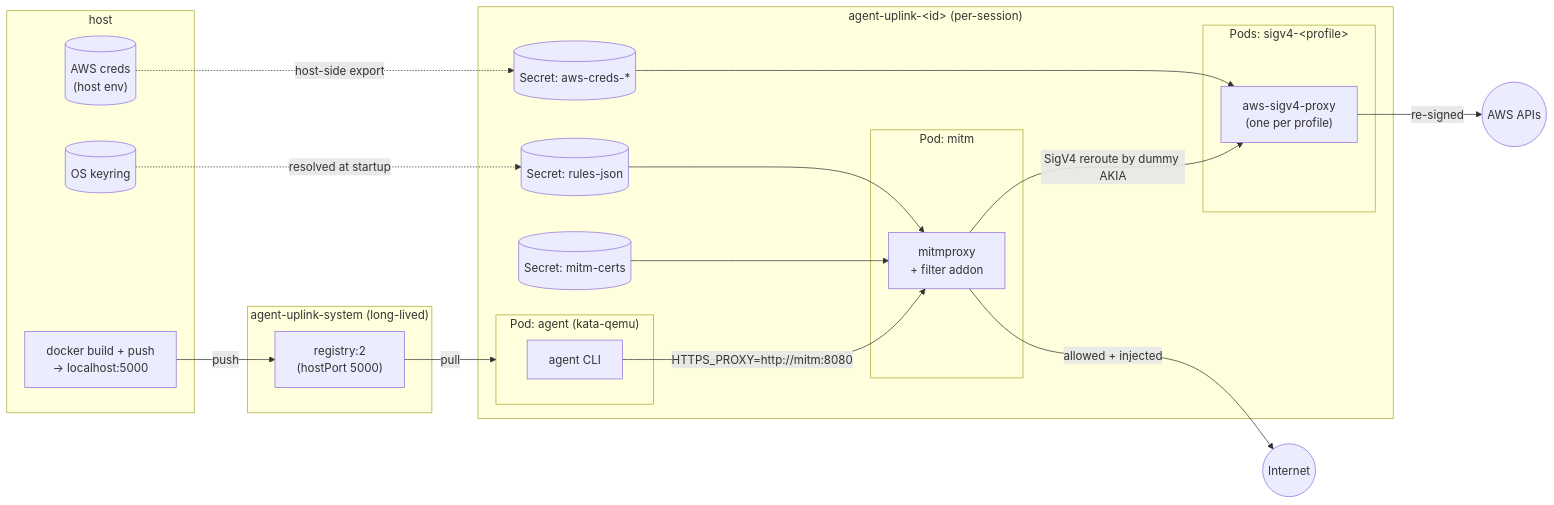
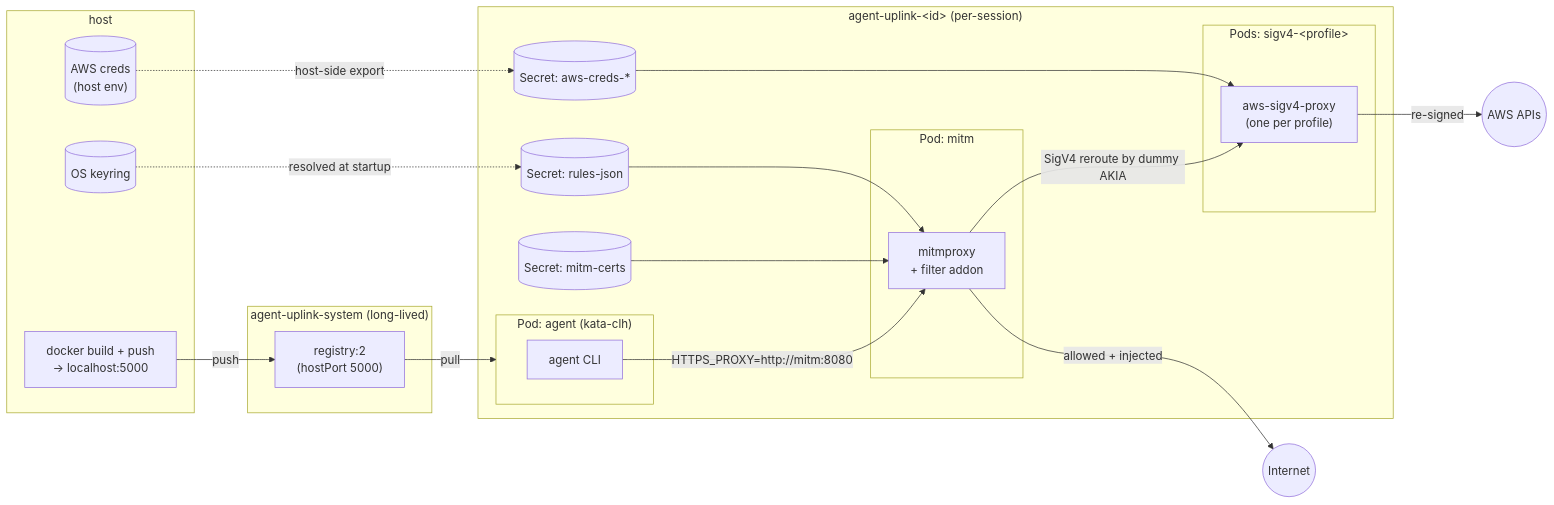
The diagram in README.md (hoo29/agent-uplink), drawn with Mermaid before and after one commit.

Commit message:
readme (#11)

````diff
--- a/README.md
+++ b/README.md
@@ -11,42 +11,42 @@
 ```mermaid
 flowchart LR
     subgraph host["host"]
         keyring[("OS keyring")]
         awscreds[("AWS creds<br/>(host env)")]
         dockerd["docker build + push<br/>→ localhost:5000"]
     end
 
     subgraph registry_ns["agent-uplink-system (long-lived)"]
         registry["registry:2<br/>(hostPort 5000)"]
     end
 
     subgraph session_ns["agent-uplink-&lt;id&gt; (per-session)"]
-        subgraph agent_pod["Pod: agent (kata-qemu)"]
+        subgraph agent_pod["Pod: agent (kata-clh)"]
             agent["agent CLI"]
         end
         subgraph mitm_pod["Pod: mitm"]
             mitm["mitmproxy<br/>+ filter addon"]
         end
         subgraph sigv4_pods["Pods: sigv4-&lt;profile&gt;"]
             sidecar["aws-sigv4-proxy<br/>(one per profile)"]
         end
         rules[("Secret: rules-json")]
         certs[("Secret: mitm-certs")]
         creds[("Secret: aws-creds-*")]
     end
 
     internet(("Internet"))
     aws(("AWS APIs"))
 
     dockerd -->|push| registry
     registry -->|pull| agent_pod
     keyring -.->|resolved at startup| rules
     awscreds -.->|host-side export| creds
     rules --> mitm
     certs --> mitm
     creds --> sidecar
     agent -->|HTTPS_PROXY=http://mitm:8080| mitm
     mitm -->|allowed + injected| internet
     mitm -->|SigV4 reroute by dummy AKIA| sidecar
     sidecar -->|re-signed| aws
 ```
````
